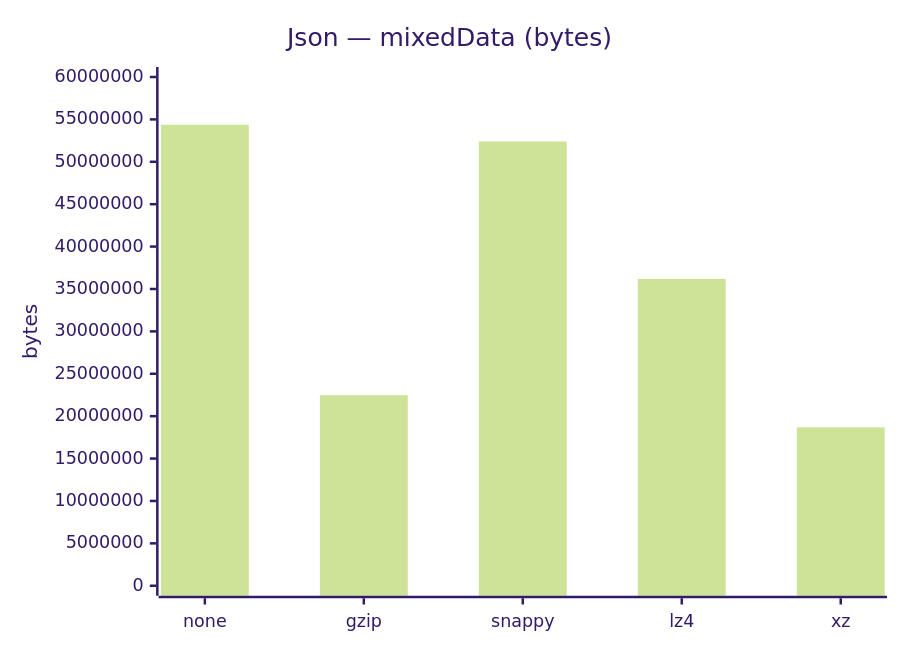
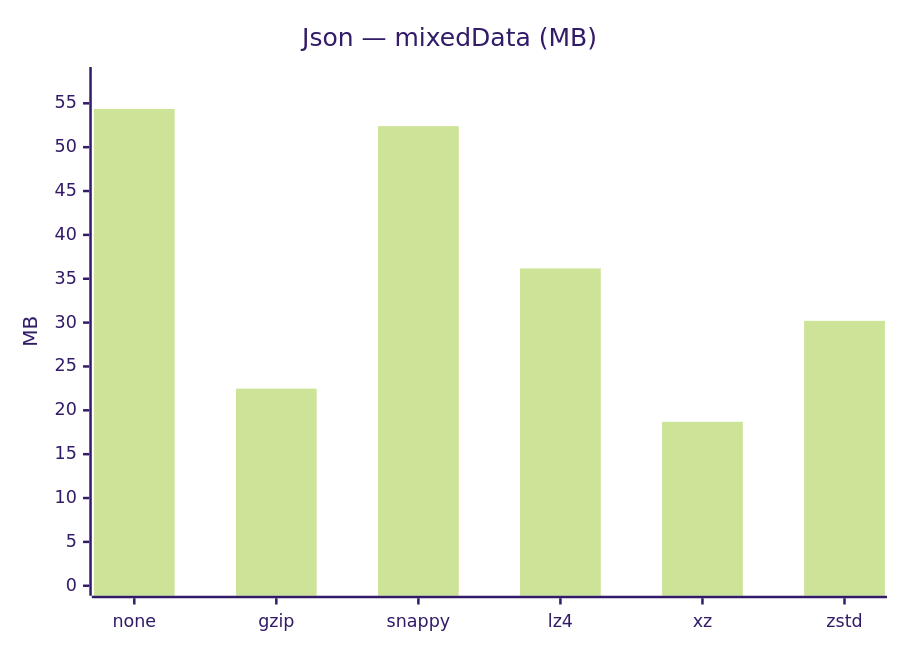
Before and after one commit to nryanov/SerializationBenchmark: the fourth of 33 diagrams in results/2026/file-sizes.md, drawn with Mermaid (forest theme). The commit also changed other lines of this file, not shown here.

Commit message:
doc: update file size charts

````diff
--- a/results/2026/file-sizes.md
+++ b/results/2026/file-sizes.md
@@ -57,8 +57,8 @@
 ```mermaid
-%%{init: {"config": {"xyChart": {"width": 525, "height": 360}}}}%%
+%%{init: {"config": {"xyChart": {"width": 610, "height": 360}}}}%%
 xychart-beta
-    title "Json — mixedData (bytes)"
-    x-axis ["none", "gzip", "snappy", "lz4", "xz"]
-    y-axis "bytes" 0 --> 60000000
-    bar [54364018, 22472516, 52396341, 36181902, 18685252]
+    title "Json — mixedData (MB)"
+    x-axis ["none", "gzip", "snappy", "lz4", "xz", "zstd"]
+    y-axis "MB" 0 --> 58
+    bar [54.36, 22.47, 52.4, 36.18, 18.69, 30.2]
 ```
````
